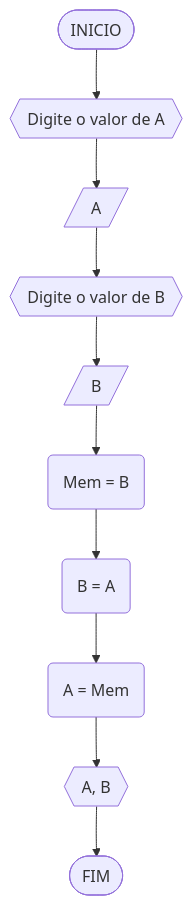
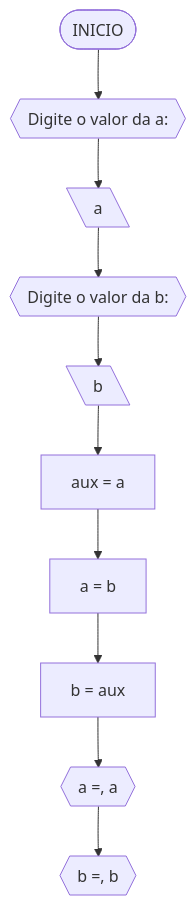
Before and after one commit to EPorfirio/UNIFOR: the first of 8 diagrams in unidade1/AD1.md, drawn with Mermaid. The commit also changed other lines of this file, not shown here.

````diff
--- a/unidade1/AD1.md
+++ b/unidade1/AD1.md
@@ -58,12 +61,12 @@
 ```mermaid
 flowchart TD
-A([INICIO]) --> B{{"Digite o valor de A"}}
-B --> C[/A/]
-C --> D{{"Digite o valor de B"}}
-D --> E[/B/]
-E --> F(Mem = B)
-F --> G(B = A)
-G --> H(A = Mem)
-H --> I{{A, B}}
-I --> J([FIM])
+A([INICIO]) --> B{{"Digite o valor da a:"}}
+B --> C[\a\]
+C --> D{{"Digite o valor da b:"}}
+D --> E[\b\]
+E --> F[aux = a]
+F --> G[a = b]
+G --> H[b = aux]
+H --> I{{"a =", a}}
+I --> J{{"b =", b}}
 ```
````
